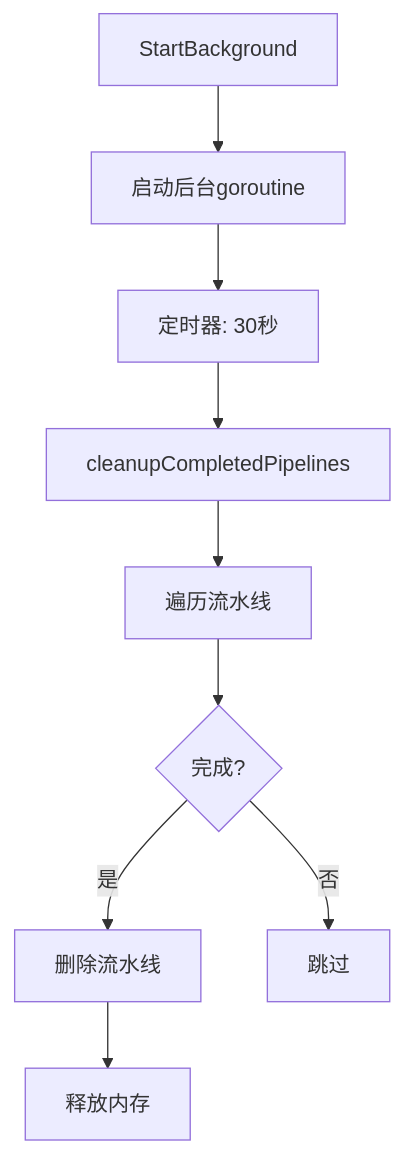
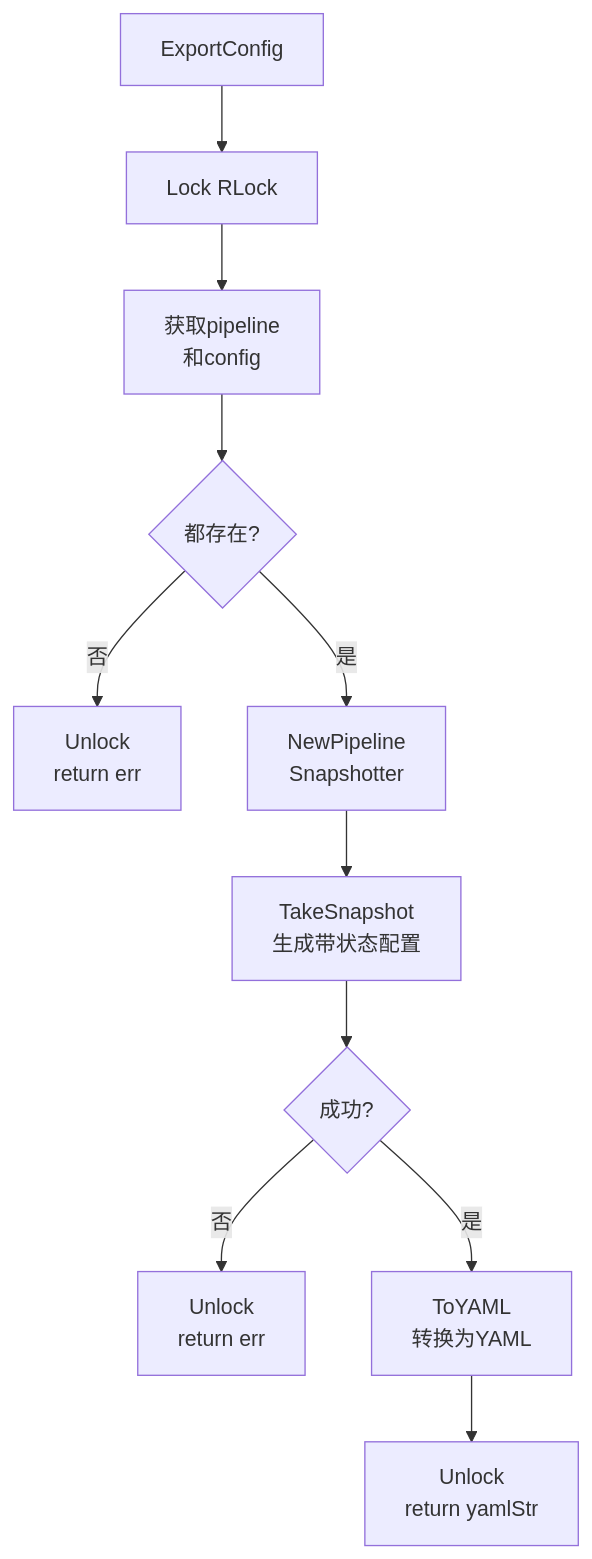
One commit to LerkoX/flowx changed diagram 12 of 12 in FLOWS.md. Above: the diagram before and after it, drawn with Mermaid. The commit also changed other lines of this file and 6 other files, not shown here.

First line of the commit message:
docs: enhance module flow diagrams with detailed implementation flows

````diff
--- a/FLOWS.md
+++ b/FLOWS.md
@@ -120,13 +306,15 @@
 ```mermaid
 flowchart TD
-    A[StartBackground] --> B[启动后台goroutine]
-    B --> C[定时器: 30秒]
-    C --> D[cleanupCompletedPipelines]
+    A[ExportConfig] --> B[Lock RLock]
+    B --> C[获取pipeline<br/>和config]
+    C --> D{都存在?}
+    D -->|否| E[Unlock<br/>return err]
+    D -->|是| F[NewPipeline<br/>Snapshotter]
 
-    D --> E[遍历流水线]
-    E --> F{完成?}
-    F -->|是| G[删除流水线]
-    F -->|否| H[跳过]
+    F --> G[TakeSnapshot<br/>生成带状态配置]
+    G --> H{成功?}
+    H -->|否| I[Unlock<br/>return err]
+    H -->|是| J[ToYAML<br/>转换为YAML]
 
-    G --> I[释放内存]
+    J --> K[Unlock<br/>return yamlStr]
 ```
````
